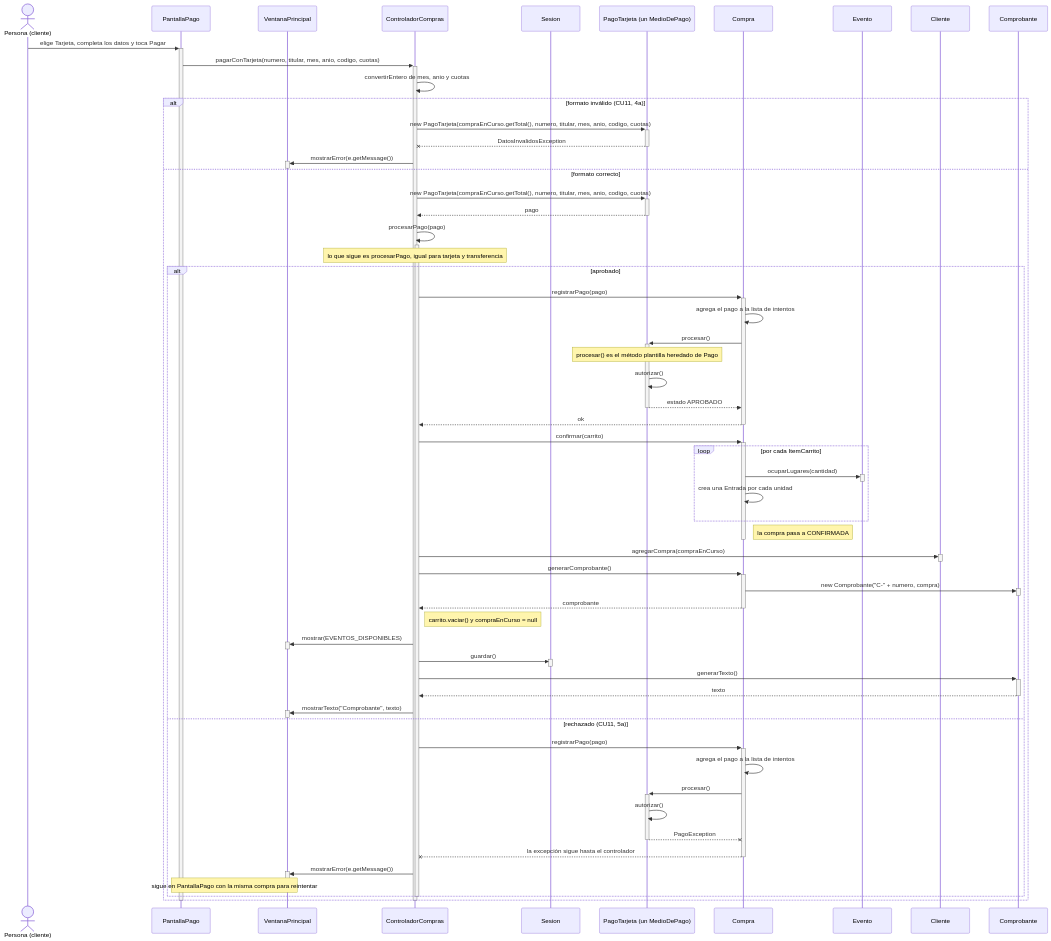
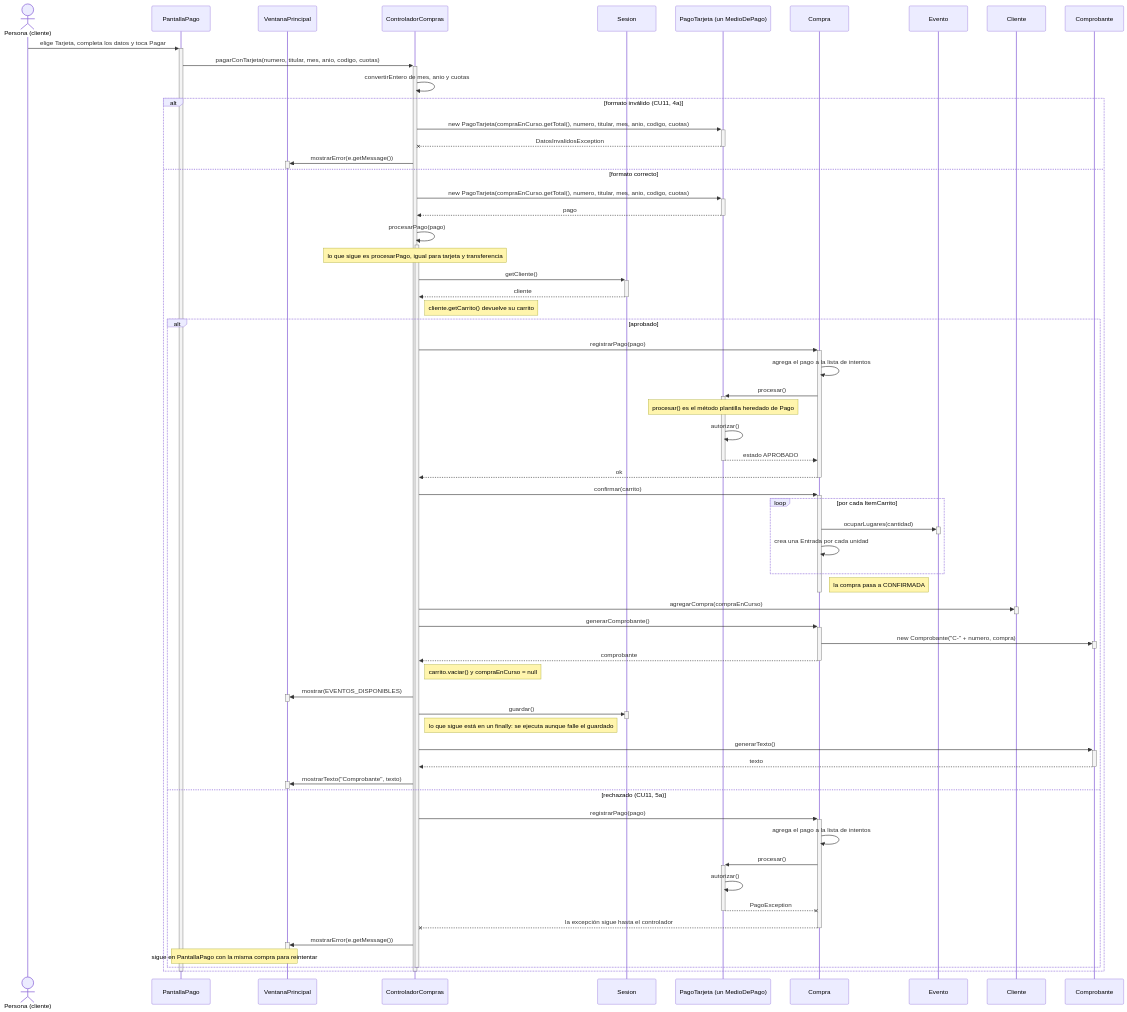
One commit to AgustinSimonenco/gestion-eventos-musicales changed the second of 3 diagrams in docs/diseno/secuencias/CU10-confirmar-compra.md. Above: the diagram before and after it, drawn with Mermaid. The commit also changed other lines of this file and 11 other files, not shown here.

Commit message:
Bitacora 2026-11-06: proyecto terminado; casos de uso y diagramas alineados con el codigo

````diff
--- a/docs/diseno/secuencias/CU10-confirmar-compra.md
+++ b/docs/diseno/secuencias/CU10-confirmar-compra.md
@@ -72,73 +72,77 @@
 ```mermaid
 sequenceDiagram
     actor U as Persona (cliente)
     participant P as PantallaPago
     participant V as VentanaPrincipal
     participant C as ControladorCompras
     participant S as Sesion
     participant PT as PagoTarjeta (un MedioDePago)
     participant Co as Compra
     participant E as Evento
     participant Cl as Cliente
     participant Cb as Comprobante
 
     U->>+P: elige Tarjeta, completa los datos y toca Pagar
     P->>+C: pagarConTarjeta(numero, titular, mes, anio, codigo, cuotas)
     C->>C: convertirEntero de mes, anio y cuotas
     alt formato inválido (CU11, 4a)
         C->>+PT: new PagoTarjeta(compraEnCurso.getTotal(), numero, titular, mes, anio, codigo, cuotas)
         PT--x-C: DatosInvalidosException
         C->>+V: mostrarError(e.getMessage())
         deactivate V
     else formato correcto
         C->>+PT: new PagoTarjeta(compraEnCurso.getTotal(), numero, titular, mes, anio, codigo, cuotas)
         PT-->>-C: pago
         C->>+C: procesarPago(pago)
         Note over C: lo que sigue es procesarPago, igual para tarjeta y transferencia
+        C->>+S: getCliente()
+        S-->>-C: cliente
+        Note right of C: cliente.getCarrito() devuelve su carrito
         alt aprobado
             C->>+Co: registrarPago(pago)
             Co->>Co: agrega el pago a la lista de intentos
             Co->>+PT: procesar()
             Note over PT: procesar() es el método plantilla heredado de Pago
             PT->>PT: autorizar()
             PT-->>-Co: estado APROBADO
             Co-->>-C: ok
             C->>+Co: confirmar(carrito)
             loop por cada ItemCarrito
                 Co->>+E: ocuparLugares(cantidad)
                 deactivate E
                 Co->>Co: crea una Entrada por cada unidad
             end
             Note right of Co: la compra pasa a CONFIRMADA
             deactivate Co
             C->>+Cl: agregarCompra(compraEnCurso)
             deactivate Cl
             C->>+Co: generarComprobante()
             Co->>+Cb: new Comprobante("C-" + numero, compra)
             deactivate Cb
             Co-->>-C: comprobante
             Note right of C: carrito.vaciar() y compraEnCurso = null
             C->>+V: mostrar(EVENTOS_DISPONIBLES)
             deactivate V
             C->>+S: guardar()
             deactivate S
+            Note right of C: lo que sigue está en un finally: se ejecuta aunque falle el guardado
             C->>+Cb: generarTexto()
             Cb-->>-C: texto
             C->>+V: mostrarTexto("Comprobante", texto)
             deactivate V
         else rechazado (CU11, 5a)
             C->>+Co: registrarPago(pago)
             Co->>Co: agrega el pago a la lista de intentos
             Co->>+PT: procesar()
             PT->>PT: autorizar()
             PT--x-Co: PagoException
             Co--x-C: la excepción sigue hasta el controlador
             C->>+V: mostrarError(e.getMessage())
             deactivate V
             Note over P,V: sigue en PantallaPago con la misma compra para reintentar
         end
         deactivate C
     end
     deactivate C
     deactivate P
 ```
````
